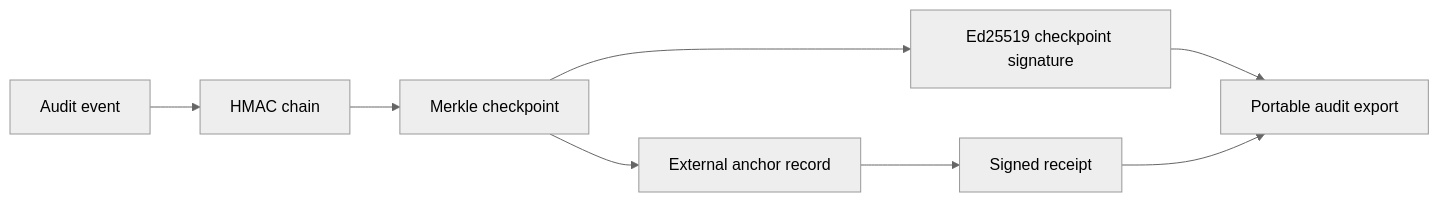
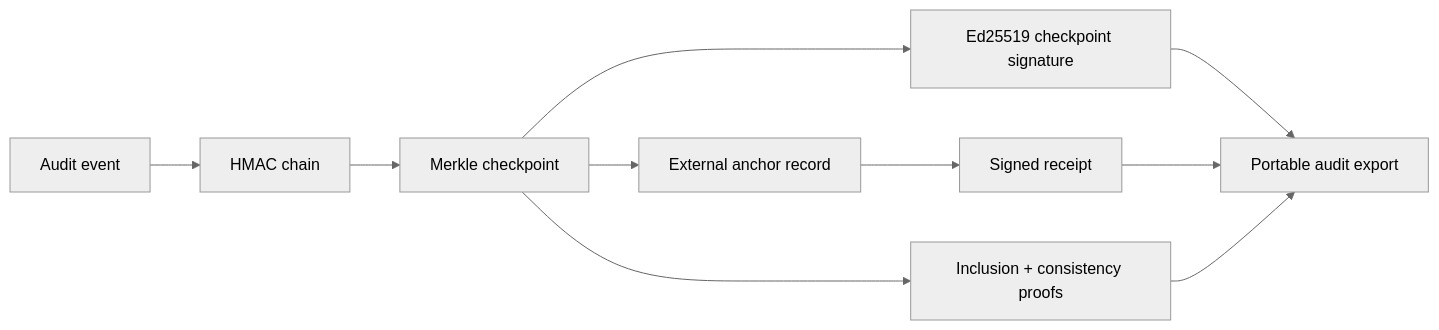
One commit to futhr/sigil_guard changed the fifth of 5 diagrams in docs/README.md. Above: the diagram before and after it, drawn with Mermaid (neutral theme). The commit also changed other lines of this file and 1 other file, not shown here.

Commit message:
docs(readme): present the shipped v3 product and self-contained architecture index

````diff
--- a/docs/README.md
+++ b/docs/README.md
@@ -151,10 +159,12 @@
 ```mermaid
 flowchart LR
     Event[Audit event] --> HMAC[HMAC chain]
     HMAC --> Checkpoint[Merkle checkpoint]
+    Checkpoint --> Proofs[Inclusion + consistency proofs]
     Checkpoint --> Signature[Ed25519 checkpoint signature]
     Checkpoint --> Anchor[External anchor record]
     Anchor --> Receipt[Signed receipt]
     Signature --> Export[Portable audit export]
     Receipt --> Export
+    Proofs --> Export
 ```
````
